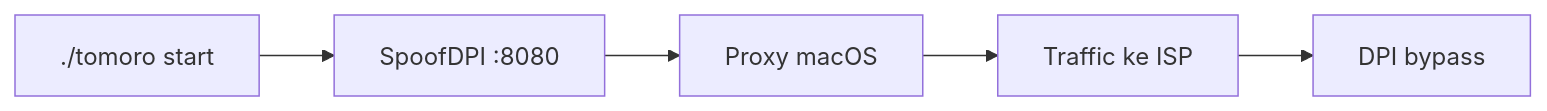
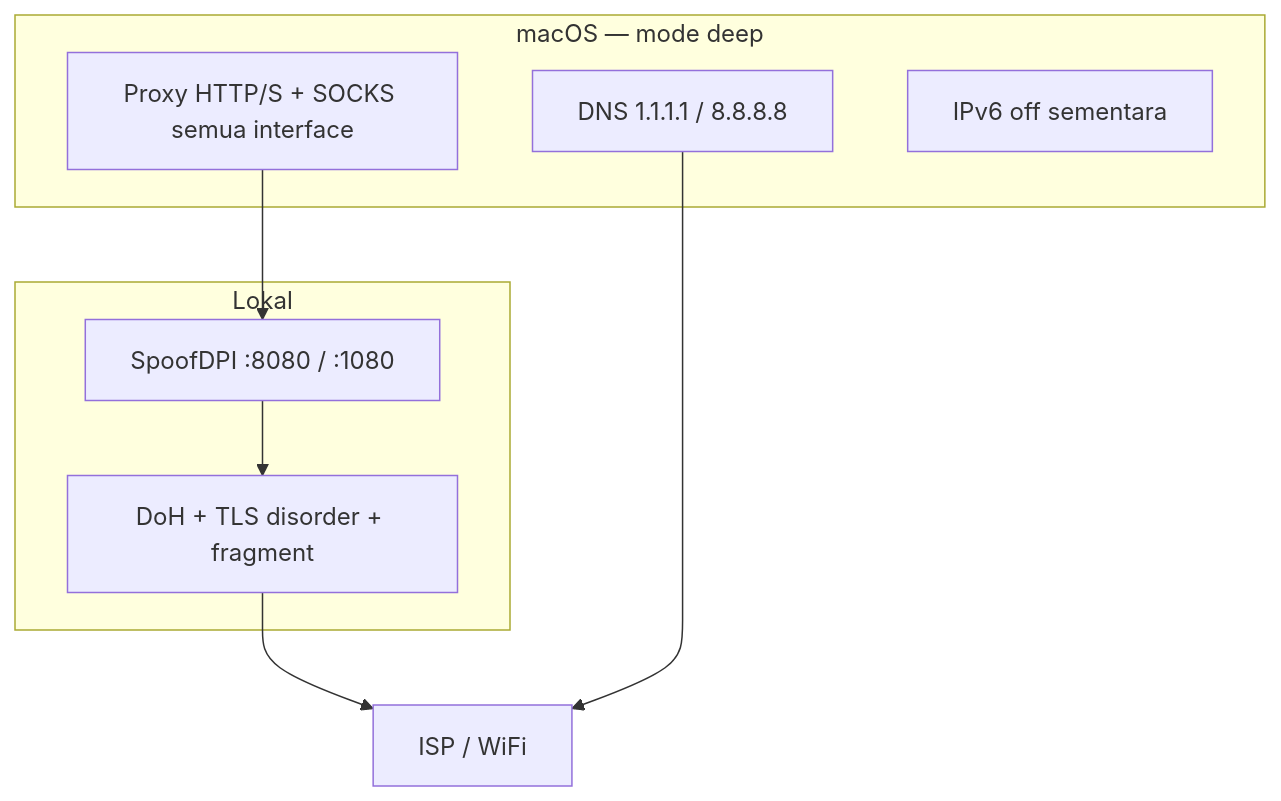
Before and after one commit to Timcuan/wifi-tomoro: the diagram in README.md, drawn with Mermaid. The commit also changed other lines of this file and 10 other files, not shown here.

First line of the commit message:
feat: deep shield mode with multi-layer WiFi bypass (v2.1.0)

````diff
--- a/README.md
+++ b/README.md
@@ -127,7 +143,16 @@
 ```mermaid
-flowchart LR
-  A[./tomoro start] --> B[SpoofDPI :8080]
-  B --> C[Proxy macOS]
-  C --> D[Traffic ke ISP]
-  D --> E[DPI bypass]
+flowchart TB
+  subgraph macOS["macOS — mode deep"]
+    P[Proxy HTTP/S + SOCKS semua interface]
+    D[DNS 1.1.1.1 / 8.8.8.8]
+    V[IPv6 off sementara]
+  end
+  subgraph local["Lokal"]
+    S[SpoofDPI :8080 / :1080]
+    H[DoH + TLS disorder + fragment]
+  end
+  P --> S
+  S --> H
+  H --> ISP[ISP / WiFi]
+  D --> ISP
 ```
````
